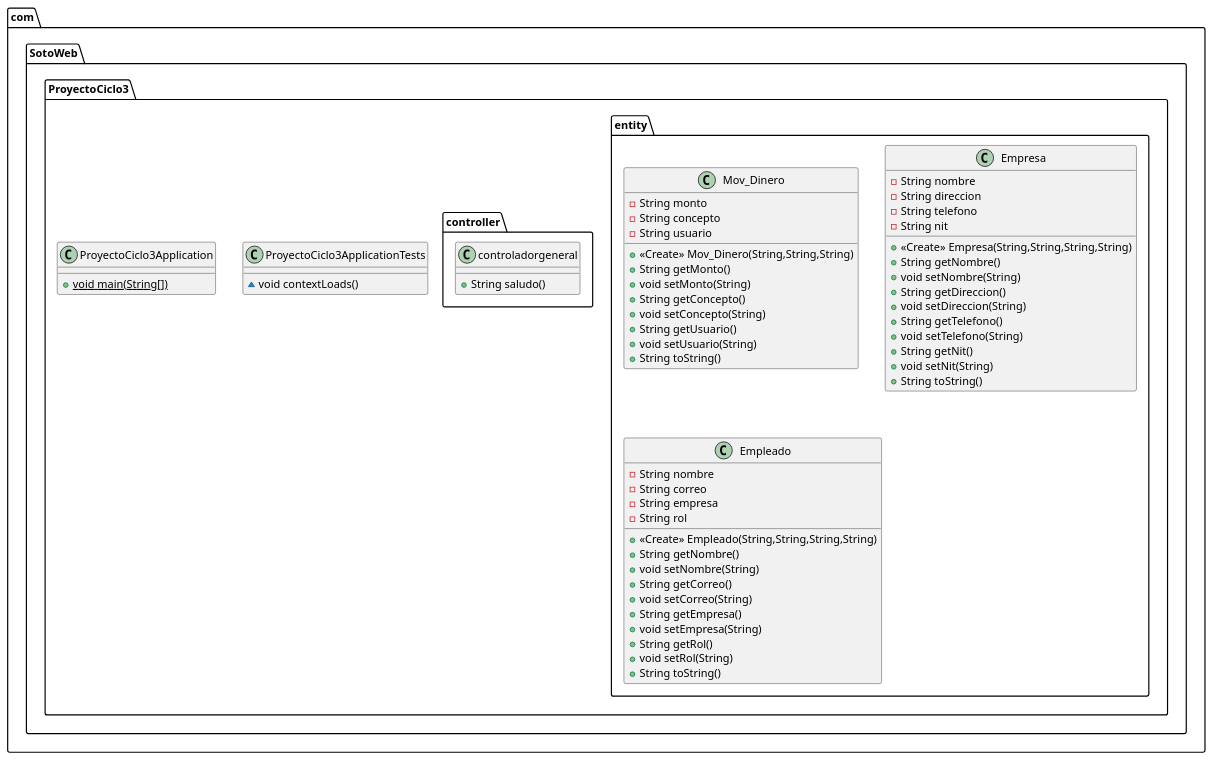
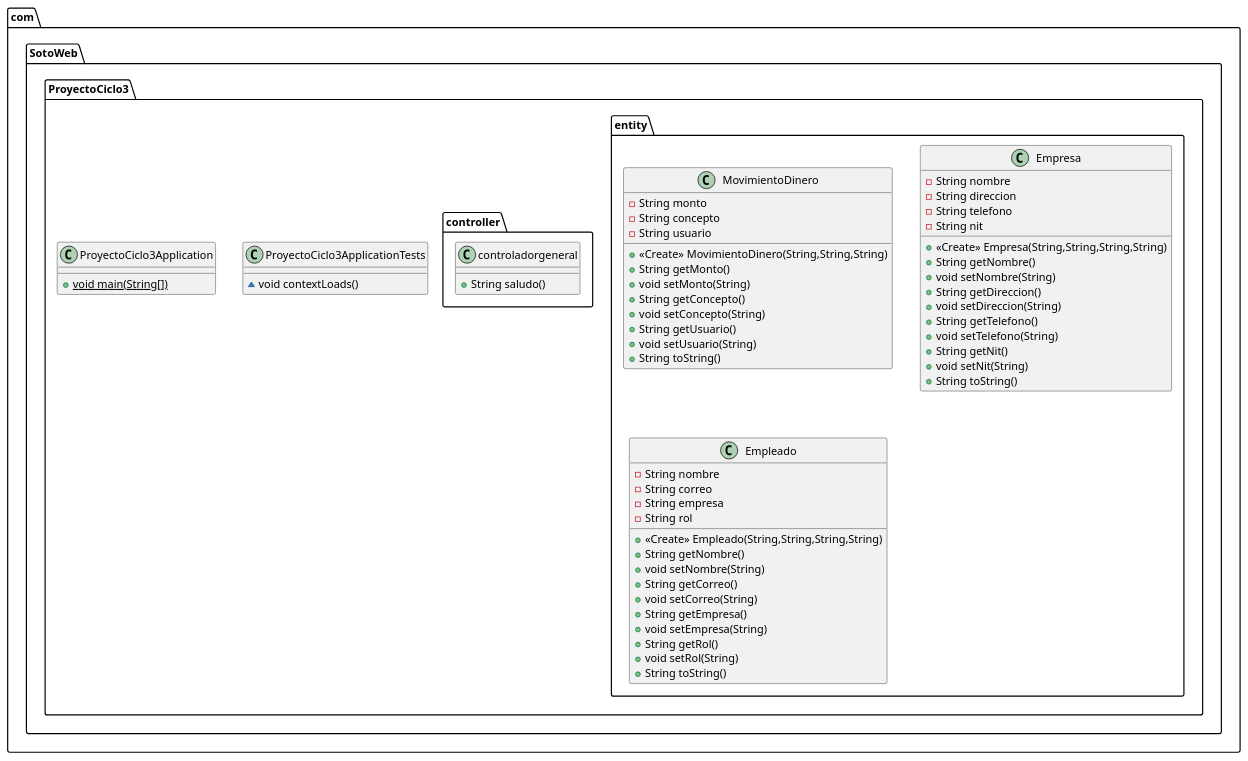
One commit to jdsotoca/ProyectoCiclo3 changed the diagram in ProyectoCiclo3.puml. Above: the diagram before and after it, drawn with PlantUML. The commit also changed 2 other files, not shown here.

```diff
--- a/ProyectoCiclo3.puml
+++ b/ProyectoCiclo3.puml
@@ -1,56 +1,56 @@
 @startuml
-class com.SotoWeb.ProyectoCiclo3.entity.Mov_Dinero {
+class com.SotoWeb.ProyectoCiclo3.entity.MovimientoDinero {
 - String monto
 - String concepto
 - String usuario
-+ <<Create>> Mov_Dinero(String,String,String)
++ <<Create>> MovimientoDinero(String,String,String)
 + String getMonto()
 + void setMonto(String)
 + String getConcepto()
 + void setConcepto(String)
 + String getUsuario()
 + void setUsuario(String)
 + String toString()
 }
 class com.SotoWeb.ProyectoCiclo3.entity.Empresa {
 - String nombre
 - String direccion
 - String telefono
 - String nit
 + <<Create>> Empresa(String,String,String,String)
 + String getNombre()
 + void setNombre(String)
 + String getDireccion()
 + void setDireccion(String)
 + String getTelefono()
 + void setTelefono(String)
 + String getNit()
 + void setNit(String)
 + String toString()
 }
 class com.SotoWeb.ProyectoCiclo3.ProyectoCiclo3ApplicationTests {
 ~ void contextLoads()
 }
 class com.SotoWeb.ProyectoCiclo3.controller.controladorgeneral {
 + String saludo()
 }
 class com.SotoWeb.ProyectoCiclo3.ProyectoCiclo3Application {
 + {static} void main(String[])
 }
 class com.SotoWeb.ProyectoCiclo3.entity.Empleado {
 - String nombre
 - String correo
 - String empresa
 - String rol
 + <<Create>> Empleado(String,String,String,String)
 + String getNombre()
 + void setNombre(String)
 + String getCorreo()
 + void setCorreo(String)
 + String getEmpresa()
 + void setEmpresa(String)
 + String getRol()
 + void setRol(String)
 + String toString()
 }
 @enduml
```
